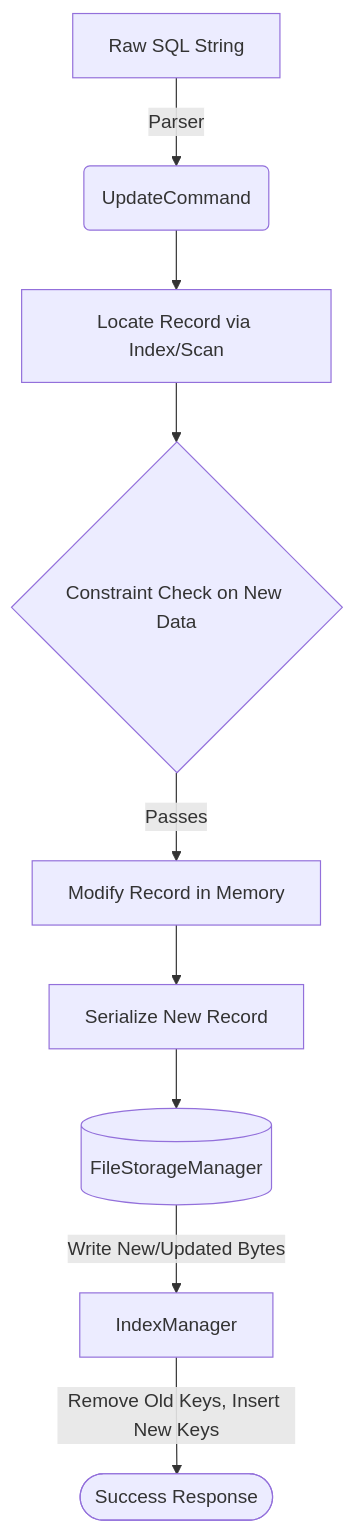
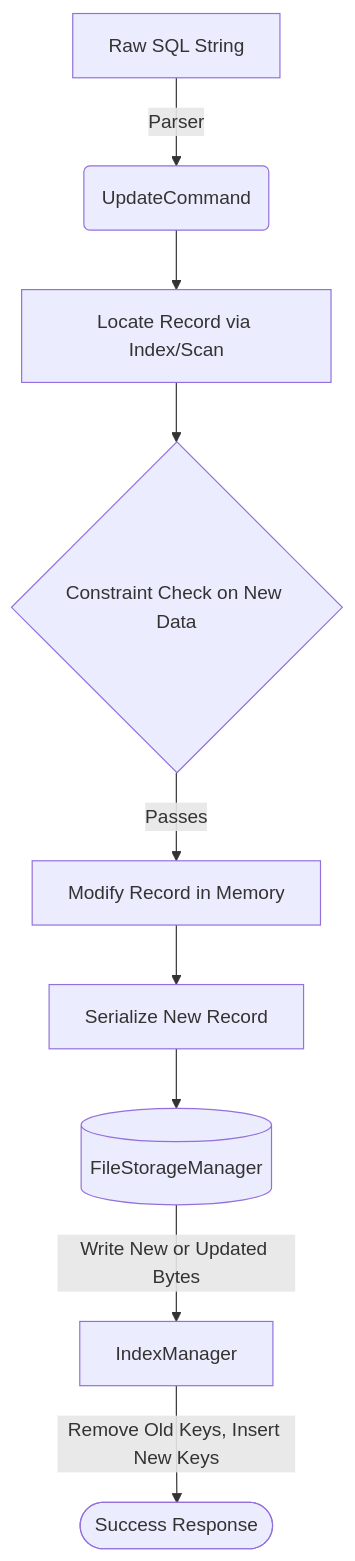
One commit to Om515/NovaDB changed the third of 9 diagrams in README.md. Above: the diagram before and after it, drawn with Mermaid. The commit also changed other lines of this file, not shown here.

Commit message:
fix mermaid syntax errors

````diff
--- a/README.md
+++ b/README.md
@@ -66,11 +66,11 @@
 ```mermaid
 flowchart TD
     A[Raw SQL String] -->|Parser| B(UpdateCommand)
     B --> C[Locate Record via Index/Scan]
     C --> D{Constraint Check on New Data}
     D -->|Passes| E[Modify Record in Memory]
     E --> F[Serialize New Record]
     F --> G[(FileStorageManager)]
-    G -->|Write New/Updated Bytes| H[IndexManager]
-    H -->|Remove Old Keys, Insert New Keys| I([Success Response])
+    G -->|"Write New or Updated Bytes"| H[IndexManager]
+    H -->|"Remove Old Keys, Insert New Keys"| I([Success Response])
 ```
````
